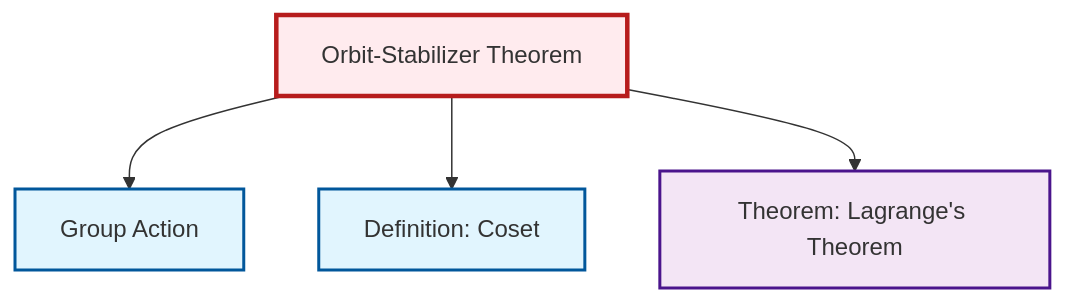
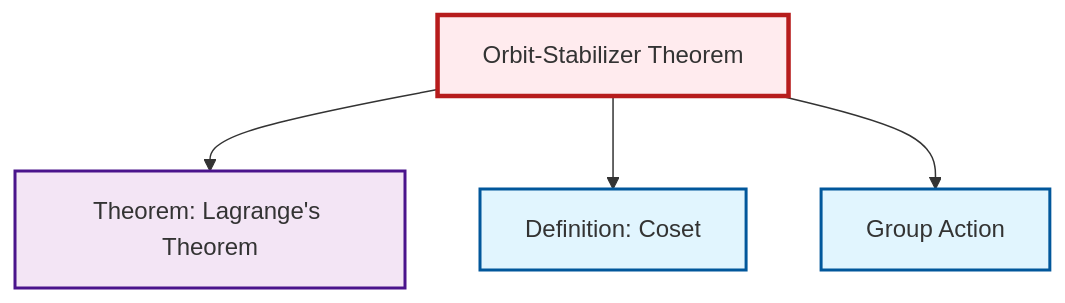
The diagram in content/en/algebra/thm-orbit-stabilizer.qmd (RK0429/ModernMath), drawn with Mermaid before and after one commit. The commit also changed other lines of this file and 1012 other files, not shown here.

````diff
--- a/content/en/algebra/thm-orbit-stabilizer.qmd
+++ b/content/en/algebra/thm-orbit-stabilizer.qmd
@@ -63,20 +63,20 @@
 ```{mermaid}
 %%| fig-cap: "Local dependency graph"
 graph TD
     classDef definition fill:#e1f5fe,stroke:#01579b,stroke-width:2px
     classDef theorem fill:#f3e5f5,stroke:#4a148c,stroke-width:2px
     classDef axiom fill:#fff3e0,stroke:#e65100,stroke-width:2px
     classDef example fill:#e8f5e9,stroke:#1b5e20,stroke-width:2px
     classDef current fill:#ffebee,stroke:#b71c1c,stroke-width:3px
     thm-orbit-stabilizer["Orbit-Stabilizer Theorem"]:::theorem
+    thm-lagrange["Theorem: Lagrange's Theorem"]:::theorem
     def-coset["Definition: Coset"]:::definition
     def-group-action["Group Action"]:::definition
-    thm-lagrange["Theorem: Lagrange's Theorem"]:::theorem
+    thm-orbit-stabilizer --> thm-lagrange
+    thm-orbit-stabilizer --> def-coset
     thm-orbit-stabilizer --> def-group-action
-    thm-orbit-stabilizer --> def-coset
-    thm-orbit-stabilizer --> thm-lagrange
     class thm-orbit-stabilizer current
+    click thm-lagrange "thm-lagrange.html" "Go to Lagrange's Theorem theorem"
     click def-coset "def-coset.html" "Go to Coset definition"
     click def-group-action "def-group-action.html" "Go to Group Action"
-    click thm-lagrange "thm-lagrange.html" "Go to Lagrange's Theorem theorem"
 ```
````
